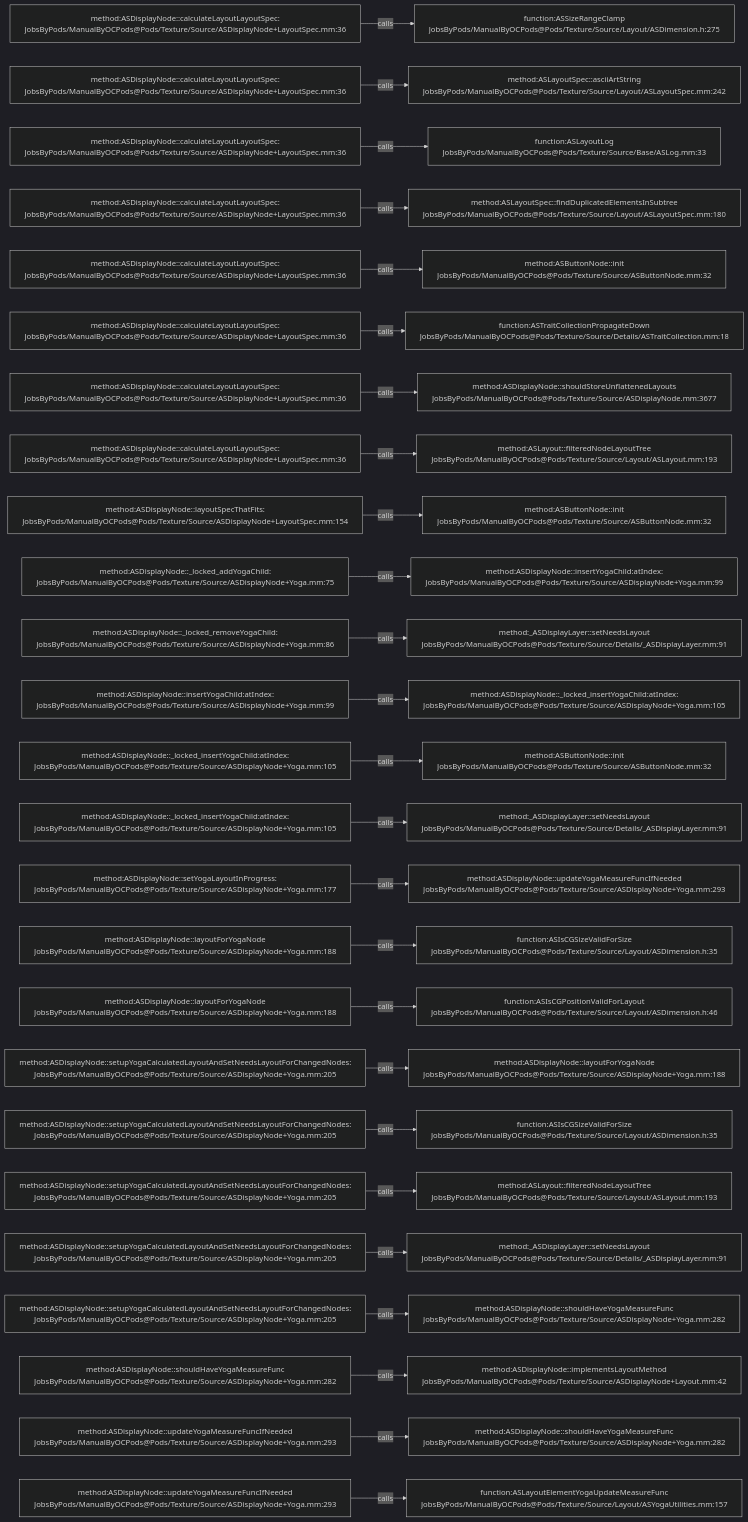
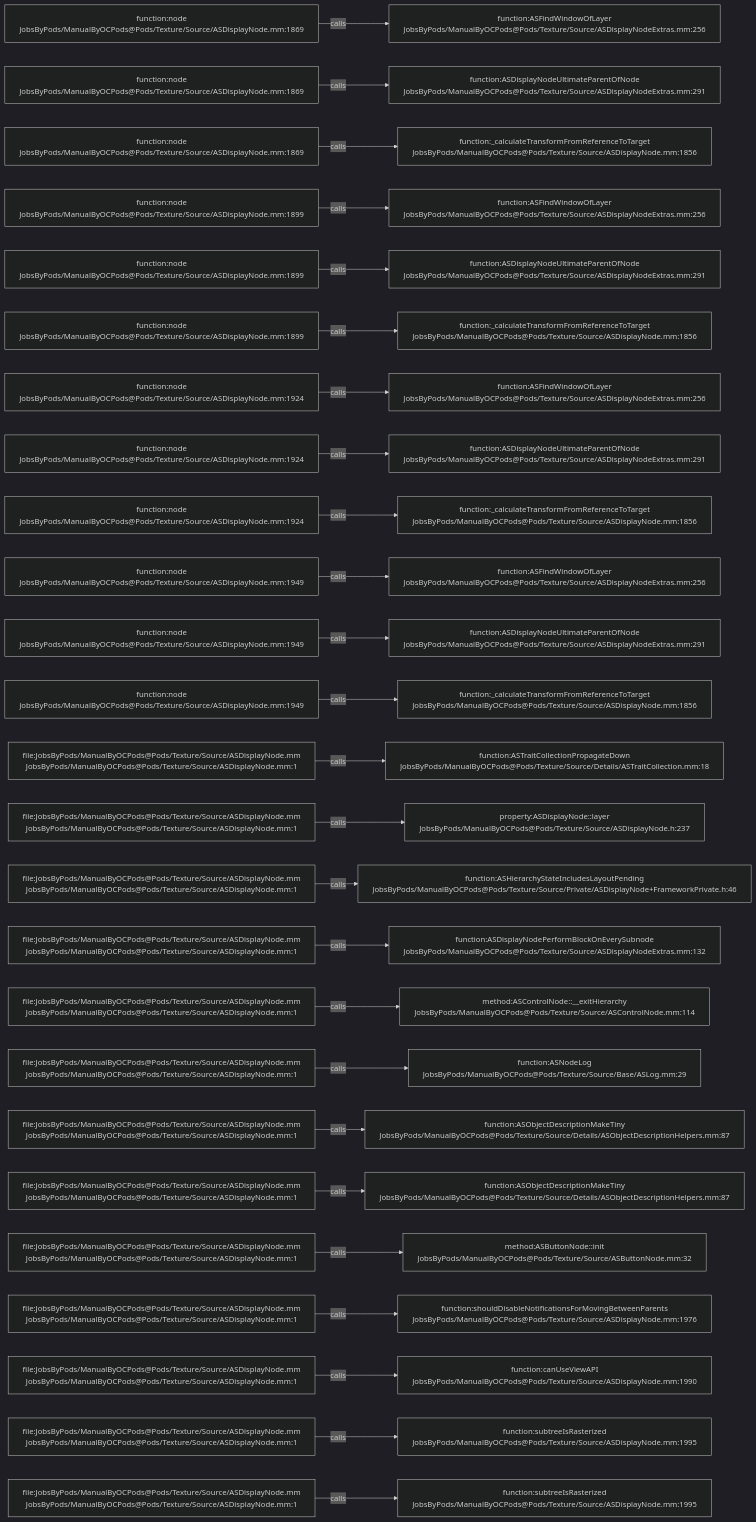
One commit to JobsKits/JobsOCBaseConfigDemo changed the diagram in .codegraph/codegraph.md/graphs/calls-086.md. Above: the diagram before and after it, drawn with Mermaid (dark theme). The commit also changed 2723 other files, not shown here.

````diff
--- a/.codegraph/codegraph.md/graphs/calls-086.md
+++ b/.codegraph/codegraph.md/graphs/calls-086.md
@@ -13,78 +13,78 @@
 ```mermaid
 flowchart LR
-  S1["method:ASDisplayNode::calculateLayoutLayoutSpec:<br/>JobsByPods/ManualByOCPods@Pods/Texture/Source/ASDisplayNode+LayoutSpec.mm:36"]
-  T1["function:ASSizeRangeClamp<br/>JobsByPods/ManualByOCPods@Pods/Texture/Source/Layout/ASDimension.h:275"]
+  S1["function:node<br/>JobsByPods/ManualByOCPods@Pods/Texture/Source/ASDisplayNode.mm:1869"]
+  T1["function:ASFindWindowOfLayer<br/>JobsByPods/ManualByOCPods@Pods/Texture/Source/ASDisplayNodeExtras.mm:256"]
   S1 -->|calls| T1
-  S2["method:ASDisplayNode::calculateLayoutLayoutSpec:<br/>JobsByPods/ManualByOCPods@Pods/Texture/Source/ASDisplayNode+LayoutSpec.mm:36"]
-  T2["method:ASLayoutSpec::asciiArtString<br/>JobsByPods/ManualByOCPods@Pods/Texture/Source/Layout/ASLayoutSpec.mm:242"]
+  S2["function:node<br/>JobsByPods/ManualByOCPods@Pods/Texture/Source/ASDisplayNode.mm:1869"]
+  T2["function:ASDisplayNodeUltimateParentOfNode<br/>JobsByPods/ManualByOCPods@Pods/Texture/Source/ASDisplayNodeExtras.mm:291"]
   S2 -->|calls| T2
-  S3["method:ASDisplayNode::calculateLayoutLayoutSpec:<br/>JobsByPods/ManualByOCPods@Pods/Texture/Source/ASDisplayNode+LayoutSpec.mm:36"]
-  T3["function:ASLayoutLog<br/>JobsByPods/ManualByOCPods@Pods/Texture/Source/Base/ASLog.mm:33"]
+  S3["function:node<br/>JobsByPods/ManualByOCPods@Pods/Texture/Source/ASDisplayNode.mm:1869"]
+  T3["function:_calculateTransformFromReferenceToTarget<br/>JobsByPods/ManualByOCPods@Pods/Texture/Source/ASDisplayNode.mm:1856"]
   S3 -->|calls| T3
-  S4["method:ASDisplayNode::calculateLayoutLayoutSpec:<br/>JobsByPods/ManualByOCPods@Pods/Texture/Source/ASDisplayNode+LayoutSpec.mm:36"]
-  T4["method:ASLayoutSpec::findDuplicatedElementsInSubtree<br/>JobsByPods/ManualByOCPods@Pods/Texture/Source/Layout/ASLayoutSpec.mm:180"]
+  S4["function:node<br/>JobsByPods/ManualByOCPods@Pods/Texture/Source/ASDisplayNode.mm:1899"]
+  T4["function:ASFindWindowOfLayer<br/>JobsByPods/ManualByOCPods@Pods/Texture/Source/ASDisplayNodeExtras.mm:256"]
   S4 -->|calls| T4
-  S5["method:ASDisplayNode::calculateLayoutLayoutSpec:<br/>JobsByPods/ManualByOCPods@Pods/Texture/Source/ASDisplayNode+LayoutSpec.mm:36"]
-  T5["method:ASButtonNode::init<br/>JobsByPods/ManualByOCPods@Pods/Texture/Source/ASButtonNode.mm:32"]
+  S5["function:node<br/>JobsByPods/ManualByOCPods@Pods/Texture/Source/ASDisplayNode.mm:1899"]
+  T5["function:ASDisplayNodeUltimateParentOfNode<br/>JobsByPods/ManualByOCPods@Pods/Texture/Source/ASDisplayNodeExtras.mm:291"]
   S5 -->|calls| T5
-  S6["method:ASDisplayNode::calculateLayoutLayoutSpec:<br/>JobsByPods/ManualByOCPods@Pods/Texture/Source/ASDisplayNode+LayoutSpec.mm:36"]
-  T6["function:ASTraitCollectionPropagateDown<br/>JobsByPods/ManualByOCPods@Pods/Texture/Source/Details/ASTraitCollection.mm:18"]
+  S6["function:node<br/>JobsByPods/ManualByOCPods@Pods/Texture/Source/ASDisplayNode.mm:1899"]
+  T6["function:_calculateTransformFromReferenceToTarget<br/>JobsByPods/ManualByOCPods@Pods/Texture/Source/ASDisplayNode.mm:1856"]
   S6 -->|calls| T6
-  S7["method:ASDisplayNode::calculateLayoutLayoutSpec:<br/>JobsByPods/ManualByOCPods@Pods/Texture/Source/ASDisplayNode+LayoutSpec.mm:36"]
-  T7["method:ASDisplayNode::shouldStoreUnflattenedLayouts<br/>JobsByPods/ManualByOCPods@Pods/Texture/Source/ASDisplayNode.mm:3677"]
+  S7["function:node<br/>JobsByPods/ManualByOCPods@Pods/Texture/Source/ASDisplayNode.mm:1924"]
+  T7["function:ASFindWindowOfLayer<br/>JobsByPods/ManualByOCPods@Pods/Texture/Source/ASDisplayNodeExtras.mm:256"]
   S7 -->|calls| T7
-  S8["method:ASDisplayNode::calculateLayoutLayoutSpec:<br/>JobsByPods/ManualByOCPods@Pods/Texture/Source/ASDisplayNode+LayoutSpec.mm:36"]
-  T8["method:ASLayout::filteredNodeLayoutTree<br/>JobsByPods/ManualByOCPods@Pods/Texture/Source/Layout/ASLayout.mm:193"]
+  S8["function:node<br/>JobsByPods/ManualByOCPods@Pods/Texture/Source/ASDisplayNode.mm:1924"]
+  T8["function:ASDisplayNodeUltimateParentOfNode<br/>JobsByPods/ManualByOCPods@Pods/Texture/Source/ASDisplayNodeExtras.mm:291"]
   S8 -->|calls| T8
-  S9["method:ASDisplayNode::layoutSpecThatFits:<br/>JobsByPods/ManualByOCPods@Pods/Texture/Source/ASDisplayNode+LayoutSpec.mm:154"]
-  T9["method:ASButtonNode::init<br/>JobsByPods/ManualByOCPods@Pods/Texture/Source/ASButtonNode.mm:32"]
+  S9["function:node<br/>JobsByPods/ManualByOCPods@Pods/Texture/Source/ASDisplayNode.mm:1924"]
+  T9["function:_calculateTransformFromReferenceToTarget<br/>JobsByPods/ManualByOCPods@Pods/Texture/Source/ASDisplayNode.mm:1856"]
   S9 -->|calls| T9
-  S10["method:ASDisplayNode::_locked_addYogaChild:<br/>JobsByPods/ManualByOCPods@Pods/Texture/Source/ASDisplayNode+Yoga.mm:75"]
-  T10["method:ASDisplayNode::insertYogaChild:atIndex:<br/>JobsByPods/ManualByOCPods@Pods/Texture/Source/ASDisplayNode+Yoga.mm:99"]
+  S10["function:node<br/>JobsByPods/ManualByOCPods@Pods/Texture/Source/ASDisplayNode.mm:1949"]
+  T10["function:ASFindWindowOfLayer<br/>JobsByPods/ManualByOCPods@Pods/Texture/Source/ASDisplayNodeExtras.mm:256"]
   S10 -->|calls| T10
-  S11["method:ASDisplayNode::_locked_removeYogaChild:<br/>JobsByPods/ManualByOCPods@Pods/Texture/Source/ASDisplayNode+Yoga.mm:86"]
-  T11["method:_ASDisplayLayer::setNeedsLayout<br/>JobsByPods/ManualByOCPods@Pods/Texture/Source/Details/_ASDisplayLayer.mm:91"]
+  S11["function:node<br/>JobsByPods/ManualByOCPods@Pods/Texture/Source/ASDisplayNode.mm:1949"]
+  T11["function:ASDisplayNodeUltimateParentOfNode<br/>JobsByPods/ManualByOCPods@Pods/Texture/Source/ASDisplayNodeExtras.mm:291"]
   S11 -->|calls| T11
-  S12["method:ASDisplayNode::insertYogaChild:atIndex:<br/>JobsByPods/ManualByOCPods@Pods/Texture/Source/ASDisplayNode+Yoga.mm:99"]
-  T12["method:ASDisplayNode::_locked_insertYogaChild:atIndex:<br/>JobsByPods/ManualByOCPods@Pods/Texture/Source/ASDisplayNode+Yoga.mm:105"]
+  S12["function:node<br/>JobsByPods/ManualByOCPods@Pods/Texture/Source/ASDisplayNode.mm:1949"]
+  T12["function:_calculateTransformFromReferenceToTarget<br/>JobsByPods/ManualByOCPods@Pods/Texture/Source/ASDisplayNode.mm:1856"]
   S12 -->|calls| T12
-  S13["method:ASDisplayNode::_locked_insertYogaChild:atIndex:<br/>JobsByPods/ManualByOCPods@Pods/Texture/Source/ASDisplayNode+Yoga.mm:105"]
-  T13["method:ASButtonNode::init<br/>JobsByPods/ManualByOCPods@Pods/Texture/Source/ASButtonNode.mm:32"]
+  S13["file:JobsByPods/ManualByOCPods@Pods/Texture/Source/ASDisplayNode.mm<br/>JobsByPods/ManualByOCPods@Pods/Texture/Source/ASDisplayNode.mm:1"]
+  T13["function:ASTraitCollectionPropagateDown<br/>JobsByPods/ManualByOCPods@Pods/Texture/Source/Details/ASTraitCollection.mm:18"]
   S13 -->|calls| T13
-  S14["method:ASDisplayNode::_locked_insertYogaChild:atIndex:<br/>JobsByPods/ManualByOCPods@Pods/Texture/Source/ASDisplayNode+Yoga.mm:105"]
-  T14["method:_ASDisplayLayer::setNeedsLayout<br/>JobsByPods/ManualByOCPods@Pods/Texture/Source/Details/_ASDisplayLayer.mm:91"]
+  S14["file:JobsByPods/ManualByOCPods@Pods/Texture/Source/ASDisplayNode.mm<br/>JobsByPods/ManualByOCPods@Pods/Texture/Source/ASDisplayNode.mm:1"]
+  T14["property:ASDisplayNode::layer<br/>JobsByPods/ManualByOCPods@Pods/Texture/Source/ASDisplayNode.h:237"]
   S14 -->|calls| T14
-  S15["method:ASDisplayNode::setYogaLayoutInProgress:<br/>JobsByPods/ManualByOCPods@Pods/Texture/Source/ASDisplayNode+Yoga.mm:177"]
-  T15["method:ASDisplayNode::updateYogaMeasureFuncIfNeeded<br/>JobsByPods/ManualByOCPods@Pods/Texture/Source/ASDisplayNode+Yoga.mm:293"]
+  S15["file:JobsByPods/ManualByOCPods@Pods/Texture/Source/ASDisplayNode.mm<br/>JobsByPods/ManualByOCPods@Pods/Texture/Source/ASDisplayNode.mm:1"]
+  T15["function:ASHierarchyStateIncludesLayoutPending<br/>JobsByPods/ManualByOCPods@Pods/Texture/Source/Private/ASDisplayNode+FrameworkPrivate.h:46"]
   S15 -->|calls| T15
-  S16["method:ASDisplayNode::layoutForYogaNode<br/>JobsByPods/ManualByOCPods@Pods/Texture/Source/ASDisplayNode+Yoga.mm:188"]
-  T16["function:ASIsCGSizeValidForSize<br/>JobsByPods/ManualByOCPods@Pods/Texture/Source/Layout/ASDimension.h:35"]
+  S16["file:JobsByPods/ManualByOCPods@Pods/Texture/Source/ASDisplayNode.mm<br/>JobsByPods/ManualByOCPods@Pods/Texture/Source/ASDisplayNode.mm:1"]
+  T16["function:ASDisplayNodePerformBlockOnEverySubnode<br/>JobsByPods/ManualByOCPods@Pods/Texture/Source/ASDisplayNodeExtras.mm:132"]
   S16 -->|calls| T16
-  S17["method:ASDisplayNode::layoutForYogaNode<br/>JobsByPods/ManualByOCPods@Pods/Texture/Source/ASDisplayNode+Yoga.mm:188"]
-  T17["function:ASIsCGPositionValidForLayout<br/>JobsByPods/ManualByOCPods@Pods/Texture/Source/Layout/ASDimension.h:46"]
+  S17["file:JobsByPods/ManualByOCPods@Pods/Texture/Source/ASDisplayNode.mm<br/>JobsByPods/ManualByOCPods@Pods/Texture/Source/ASDisplayNode.mm:1"]
+  T17["method:ASControlNode::__exitHierarchy<br/>JobsByPods/ManualByOCPods@Pods/Texture/Source/ASControlNode.mm:114"]
   S17 -->|calls| T17
-  S18["method:ASDisplayNode::setupYogaCalculatedLayoutAndSetNeedsLayoutForChangedNodes:<br/>JobsByPods/ManualByOCPods@Pods/Texture/Source/ASDisplayNode+Yoga.mm:205"]
-  T18["method:ASDisplayNode::layoutForYogaNode<br/>JobsByPods/ManualByOCPods@Pods/Texture/Source/ASDisplayNode+Yoga.mm:188"]
+  S18["file:JobsByPods/ManualByOCPods@Pods/Texture/Source/ASDisplayNode.mm<br/>JobsByPods/ManualByOCPods@Pods/Texture/Source/ASDisplayNode.mm:1"]
+  T18["function:ASNodeLog<br/>JobsByPods/ManualByOCPods@Pods/Texture/Source/Base/ASLog.mm:29"]
   S18 -->|calls| T18
-  S19["method:ASDisplayNode::setupYogaCalculatedLayoutAndSetNeedsLayoutForChangedNodes:<br/>JobsByPods/ManualByOCPods@Pods/Texture/Source/ASDisplayNode+Yoga.mm:205"]
-  T19["function:ASIsCGSizeValidForSize<br/>JobsByPods/ManualByOCPods@Pods/Texture/Source/Layout/ASDimension.h:35"]
+  S19["file:JobsByPods/ManualByOCPods@Pods/Texture/Source/ASDisplayNode.mm<br/>JobsByPods/ManualByOCPods@Pods/Texture/Source/ASDisplayNode.mm:1"]
+  T19["function:ASObjectDescriptionMakeTiny<br/>JobsByPods/ManualByOCPods@Pods/Texture/Source/Details/ASObjectDescriptionHelpers.mm:87"]
   S19 -->|calls| T19
-  S20["method:ASDisplayNode::setupYogaCalculatedLayoutAndSetNeedsLayoutForChangedNodes:<br/>JobsByPods/ManualByOCPods@Pods/Texture/Source/ASDisplayNode+Yoga.mm:205"]
-  T20["method:ASLayout::filteredNodeLayoutTree<br/>JobsByPods/ManualByOCPods@Pods/Texture/Source/Layout/ASLayout.mm:193"]
+  S20["file:JobsByPods/ManualByOCPods@Pods/Texture/Source/ASDisplayNode.mm<br/>JobsByPods/ManualByOCPods@Pods/Texture/Source/ASDisplayNode.mm:1"]
+  T20["function:ASObjectDescriptionMakeTiny<br/>JobsByPods/ManualByOCPods@Pods/Texture/Source/Details/ASObjectDescriptionHelpers.mm:87"]
   S20 -->|calls| T20
-  S21["method:ASDisplayNode::setupYogaCalculatedLayoutAndSetNeedsLayoutForChangedNodes:<br/>JobsByPods/ManualByOCPods@Pods/Texture/Source/ASDisplayNode+Yoga.mm:205"]
-  T21["method:_ASDisplayLayer::setNeedsLayout<br/>JobsByPods/ManualByOCPods@Pods/Texture/Source/Details/_ASDisplayLayer.mm:91"]
+  S21["file:JobsByPods/ManualByOCPods@Pods/Texture/Source/ASDisplayNode.mm<br/>JobsByPods/ManualByOCPods@Pods/Texture/Source/ASDisplayNode.mm:1"]
+  T21["method:ASButtonNode::init<br/>JobsByPods/ManualByOCPods@Pods/Texture/Source/ASButtonNode.mm:32"]
   S21 -->|calls| T21
-  S22["method:ASDisplayNode::setupYogaCalculatedLayoutAndSetNeedsLayoutForChangedNodes:<br/>JobsByPods/ManualByOCPods@Pods/Texture/Source/ASDisplayNode+Yoga.mm:205"]
-  T22["method:ASDisplayNode::shouldHaveYogaMeasureFunc<br/>JobsByPods/ManualByOCPods@Pods/Texture/Source/ASDisplayNode+Yoga.mm:282"]
+  S22["file:JobsByPods/ManualByOCPods@Pods/Texture/Source/ASDisplayNode.mm<br/>JobsByPods/ManualByOCPods@Pods/Texture/Source/ASDisplayNode.mm:1"]
+  T22["function:shouldDisableNotificationsForMovingBetweenParents<br/>JobsByPods/ManualByOCPods@Pods/Texture/Source/ASDisplayNode.mm:1976"]
   S22 -->|calls| T22
-  S23["method:ASDisplayNode::shouldHaveYogaMeasureFunc<br/>JobsByPods/ManualByOCPods@Pods/Texture/Source/ASDisplayNode+Yoga.mm:282"]
-  T23["method:ASDisplayNode::implementsLayoutMethod<br/>JobsByPods/ManualByOCPods@Pods/Texture/Source/ASDisplayNode+Layout.mm:42"]
+  S23["file:JobsByPods/ManualByOCPods@Pods/Texture/Source/ASDisplayNode.mm<br/>JobsByPods/ManualByOCPods@Pods/Texture/Source/ASDisplayNode.mm:1"]
+  T23["function:canUseViewAPI<br/>JobsByPods/ManualByOCPods@Pods/Texture/Source/ASDisplayNode.mm:1990"]
   S23 -->|calls| T23
-  S24["method:ASDisplayNode::updateYogaMeasureFuncIfNeeded<br/>JobsByPods/ManualByOCPods@Pods/Texture/Source/ASDisplayNode+Yoga.mm:293"]
-  T24["method:ASDisplayNode::shouldHaveYogaMeasureFunc<br/>JobsByPods/ManualByOCPods@Pods/Texture/Source/ASDisplayNode+Yoga.mm:282"]
+  S24["file:JobsByPods/ManualByOCPods@Pods/Texture/Source/ASDisplayNode.mm<br/>JobsByPods/ManualByOCPods@Pods/Texture/Source/ASDisplayNode.mm:1"]
+  T24["function:subtreeIsRasterized<br/>JobsByPods/ManualByOCPods@Pods/Texture/Source/ASDisplayNode.mm:1995"]
   S24 -->|calls| T24
-  S25["method:ASDisplayNode::updateYogaMeasureFuncIfNeeded<br/>JobsByPods/ManualByOCPods@Pods/Texture/Source/ASDisplayNode+Yoga.mm:293"]
-  T25["function:ASLayoutElementYogaUpdateMeasureFunc<br/>JobsByPods/ManualByOCPods@Pods/Texture/Source/Layout/ASYogaUtilities.mm:157"]
+  S25["file:JobsByPods/ManualByOCPods@Pods/Texture/Source/ASDisplayNode.mm<br/>JobsByPods/ManualByOCPods@Pods/Texture/Source/ASDisplayNode.mm:1"]
+  T25["function:subtreeIsRasterized<br/>JobsByPods/ManualByOCPods@Pods/Texture/Source/ASDisplayNode.mm:1995"]
   S25 -->|calls| T25
 ```
````
